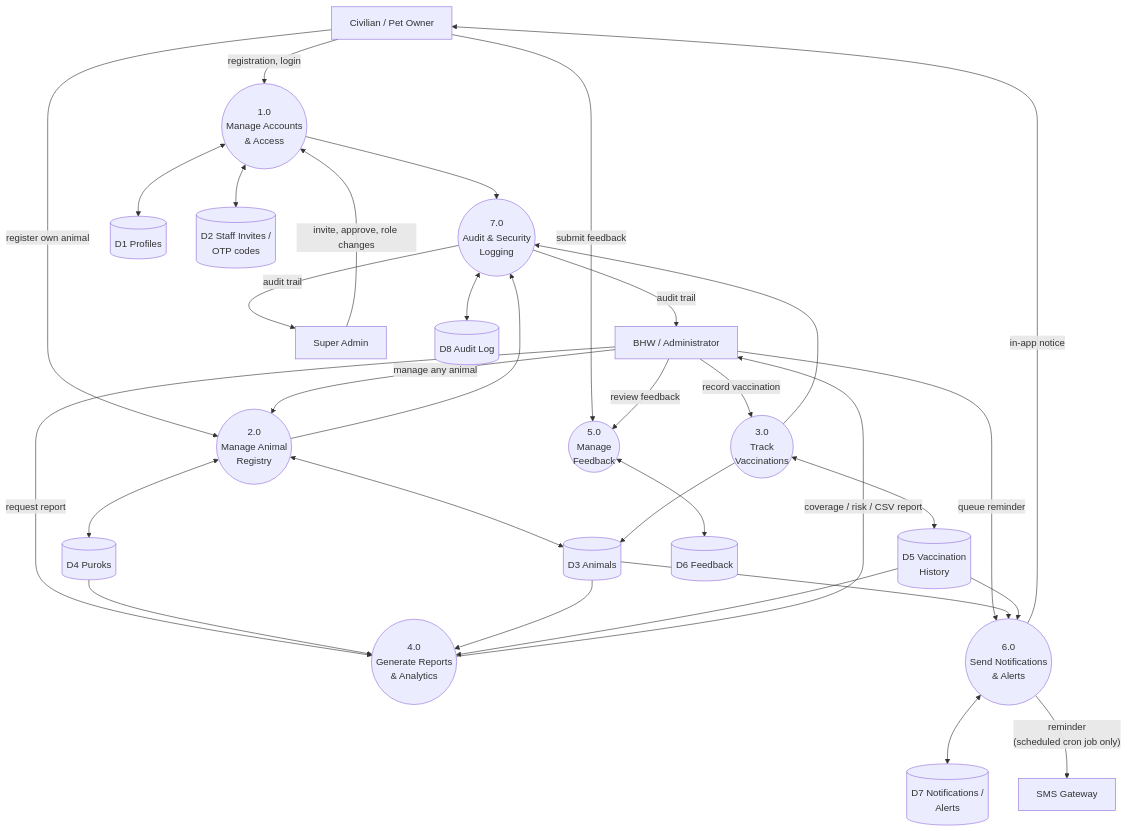
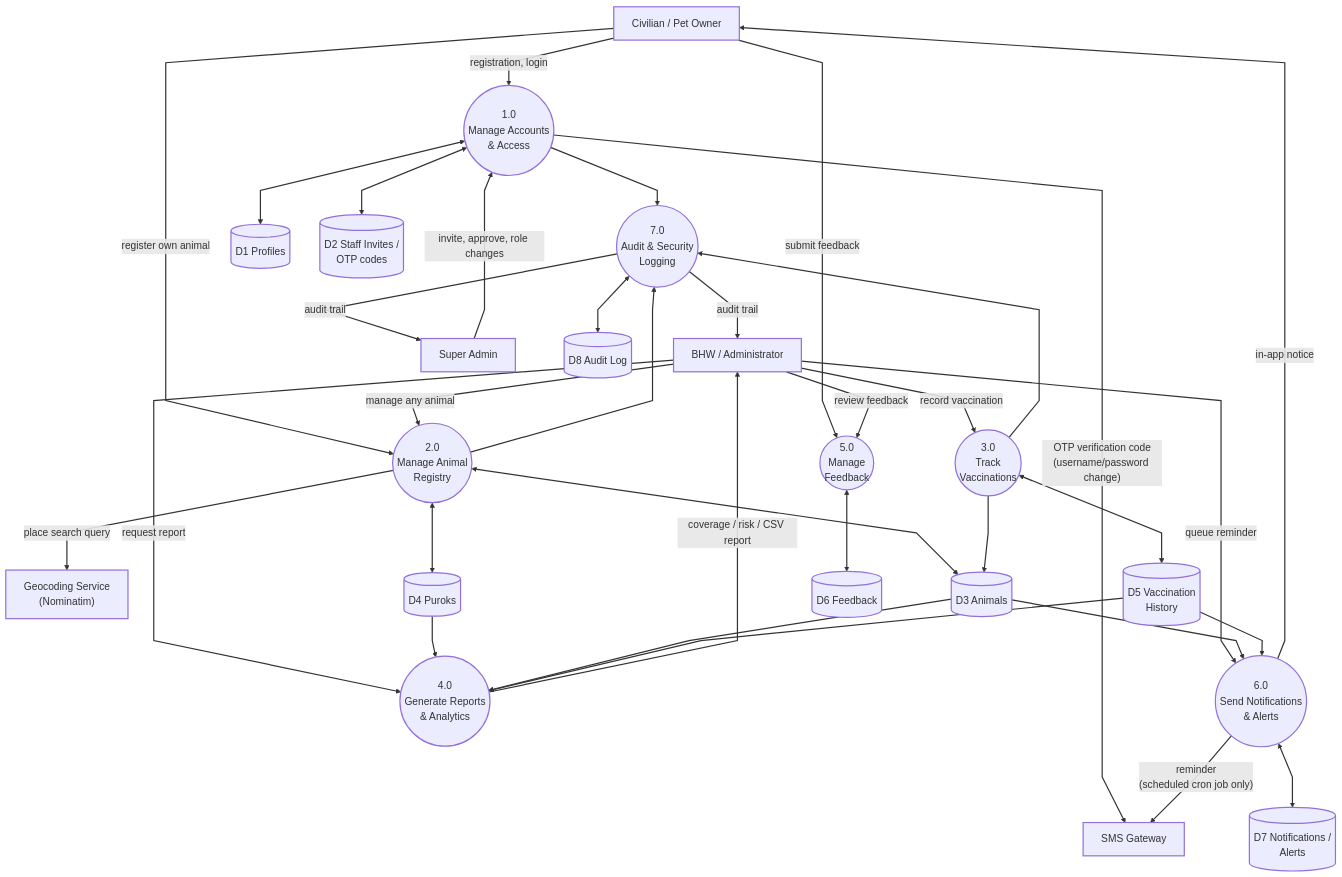
The seventh of 8 diagrams in DIAGRAMS.md (kiniakoangaccount/vaccitrack-capstone), drawn with Mermaid before and after one commit. The commit also changed other lines of this file and 8 other files, not shown here.

First line of the commit message:
Fix SMS-path inconsistency in system diagrams, add geocoding integration, render diagram screenshots

````diff
--- a/DIAGRAMS.md
+++ b/DIAGRAMS.md
@@ -240,62 +265,69 @@
 ```mermaid
+%%{init: {'flowchart': {'curve': 'linear'}, 'themeVariables': {'fontSize': '17px'}}}%%
 flowchart TB
+  classDef default stroke-width:2px;
+
   CIV["Civilian / Pet Owner"]
   STAFF["BHW / Administrator"]
   SUPER["Super Admin"]
   SMSGW["SMS Gateway"]
+  GEOSVC["Geocoding Service<br/>(Nominatim)"]
 
   P1(("1.0<br/>Manage Accounts<br/>& Access"))
   P2(("2.0<br/>Manage Animal<br/>Registry"))
   P3(("3.0<br/>Track<br/>Vaccinations"))
   P4(("4.0<br/>Generate Reports<br/>& Analytics"))
   P5(("5.0<br/>Manage<br/>Feedback"))
   P6(("6.0<br/>Send Notifications<br/>& Alerts"))
   P7(("7.0<br/>Audit & Security<br/>Logging"))
 
   D1[("D1  Profiles")]
   D2[("D2  Staff Invites /<br/>OTP codes")]
   D4[("D4  Puroks")]
   D3[("D3  Animals")]
   D5[("D5  Vaccination<br/>History")]
   D6[("D6  Feedback")]
   D7[("D7  Notifications /<br/>Alerts")]
   D8[("D8  Audit Log")]
 
   CIV -- "registration, login" --> P1
   SUPER -- "invite, approve, role changes" --> P1
   P1 <--> D1
   P1 <--> D2
+  P1 -- "OTP verification code<br/>(username/password change)" --> SMSGW
 
   CIV -- "register own animal" --> P2
   STAFF -- "manage any animal" --> P2
   P2 <--> D4
   P2 <--> D3
+  P2 -- "place search query" --> GEOSVC
 
   STAFF -- "record vaccination" --> P3
   P3 --> D3
   P3 <--> D5
 
   STAFF -- "request report" --> P4
   P4 -- "coverage / risk / CSV report" --> STAFF
   D4 --> P4
   D3 --> P4
   D5 --> P4
 
   CIV -- "submit feedback" --> P5
   STAFF -- "review feedback" --> P5
   P5 <--> D6
 
   STAFF -- "queue reminder" --> P6
   D3 --> P6
   D5 --> P6
   P6 <--> D7
   P6 -- "in-app notice" --> CIV
   P6 -- "reminder<br/>(scheduled cron job only)" --> SMSGW
 
   P1 --> P7
   P2 --> P7
   P3 --> P7
   P7 <--> D8
   P7 -- "audit trail" --> SUPER
   P7 -- "audit trail" --> STAFF
+  linkStyle default stroke-width:2px;
 ```
````
